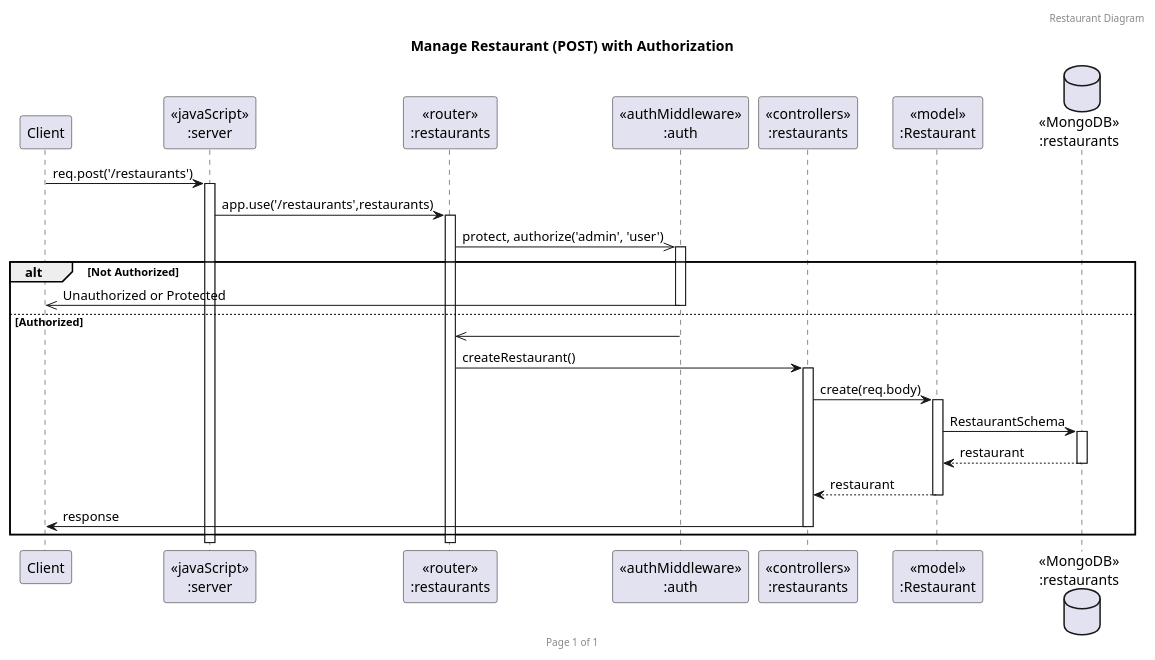
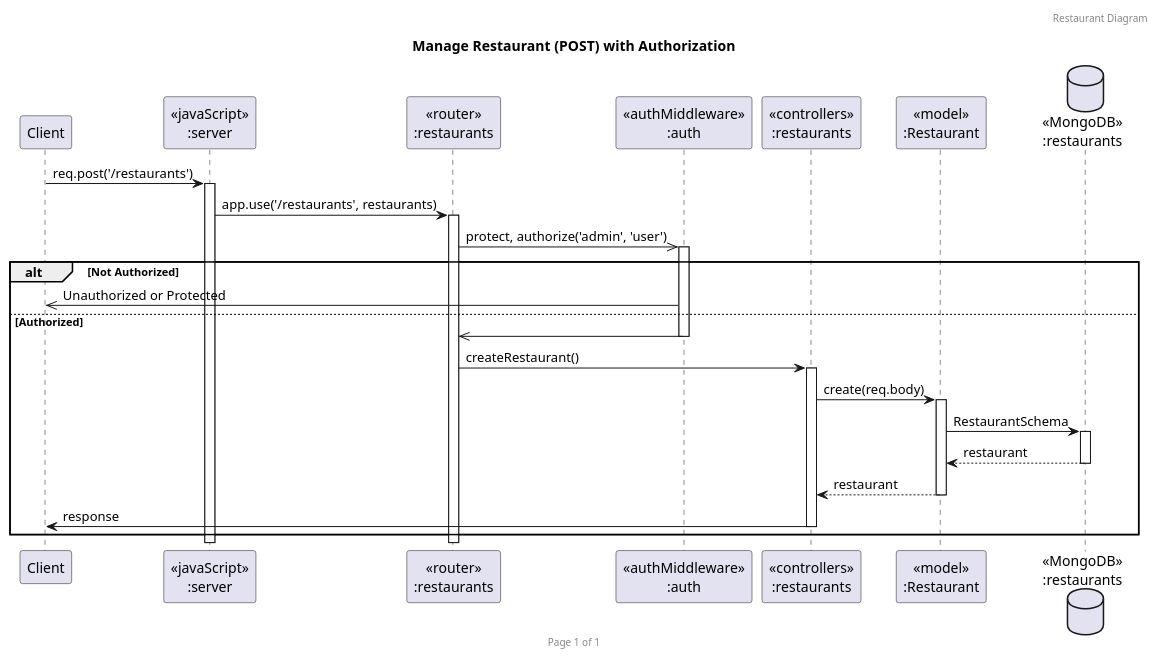
The diagram in uml/restaurant(post).puml (punchanabu/redrice-backend-express), drawn with PlantUML before and after one commit.

Commit message:
fit post uml

```diff
--- a/uml/restaurant(post).puml
+++ b/uml/restaurant(post).puml
@@ -1,31 +1,32 @@
 @startuml
-header  Restaurant Diagram
+header Restaurant Diagram
 footer Page %page% of %lastpage%
 title "Manage Restaurant (POST) with Authorization"
 
 participant "Client" as client
 participant "<<javaScript>>\n:server" as server
 participant "<<router>>\n:restaurants" as routerRestaurants
 participant "<<authMiddleware>>\n:auth" as authMiddleware
 participant "<<controllers>>\n:restaurants" as controllersRestaurants
 participant "<<model>>\n:Restaurant" as modelRestaurant
 database "<<MongoDB>>\n:restaurants" as RestaurantsDatabase
 
+client->server ++:req.post('/restaurants')
+server->routerRestaurants ++:app.use('/restaurants', restaurants)
+routerRestaurants->>authMiddleware ++:protect, authorize('admin', 'user')
 
-client->server ++:req.post('/restaurants')
-server->routerRestaurants ++:app.use('/restaurants',restaurants)
-routerRestaurants->>authMiddleware ++:protect, authorize('admin', 'user')
 alt Not Authorized
-    authMiddleware->>client --:Unauthorized or Protected
+    authMiddleware->>client :Unauthorized or Protected
 else Authorized
-    authMiddleware->>routerRestaurants
-    
+    authMiddleware->>routerRestaurants -- :
     routerRestaurants->controllersRestaurants ++:createRestaurant()
     controllersRestaurants->modelRestaurant ++:create(req.body)
     modelRestaurant ->RestaurantsDatabase ++: RestaurantSchema
     RestaurantsDatabase --> modelRestaurant --: restaurant
-    controllersRestaurants <-- modelRestaurant --:restaurant
+    controllersRestaurants <-- modelRestaurant --: restaurant
     controllersRestaurants->client --:response
 end
 
+
+
 @enduml
```
